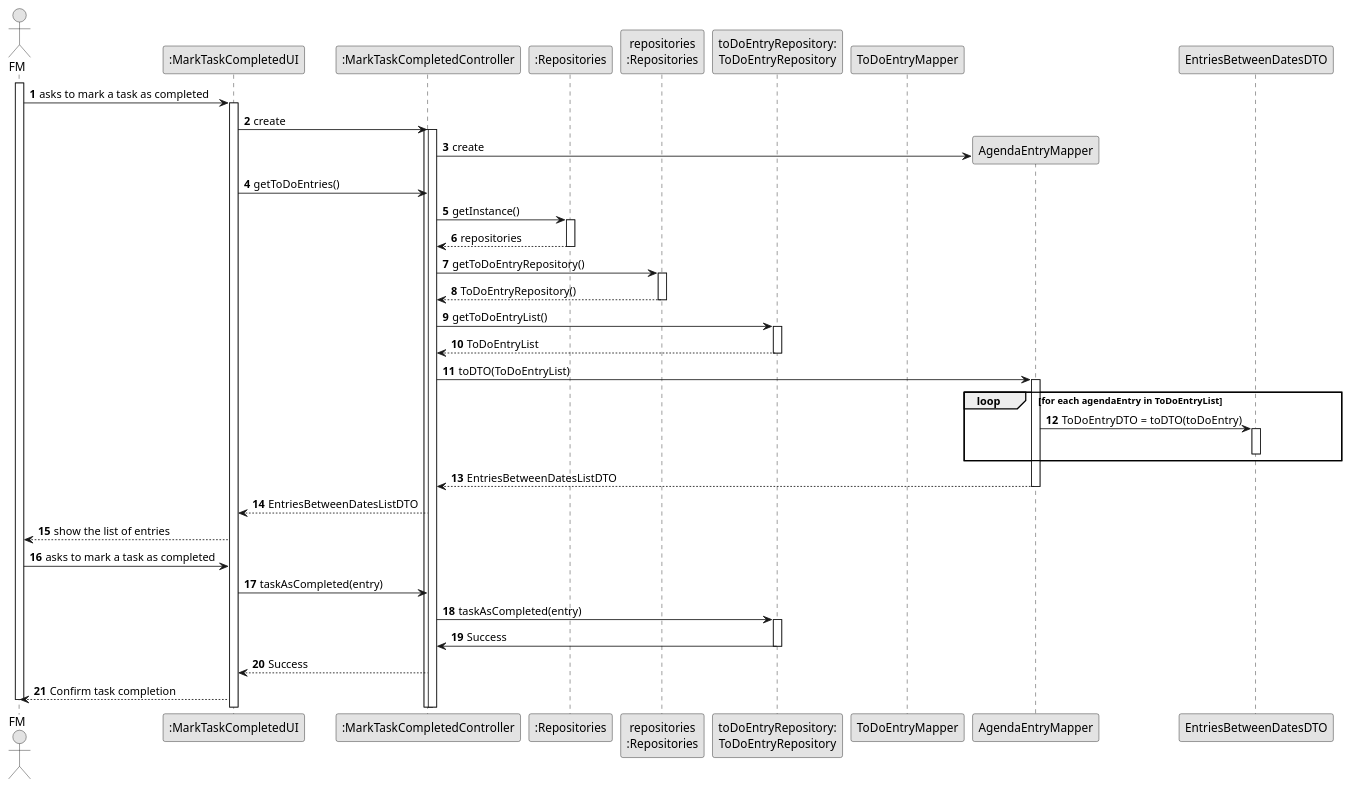
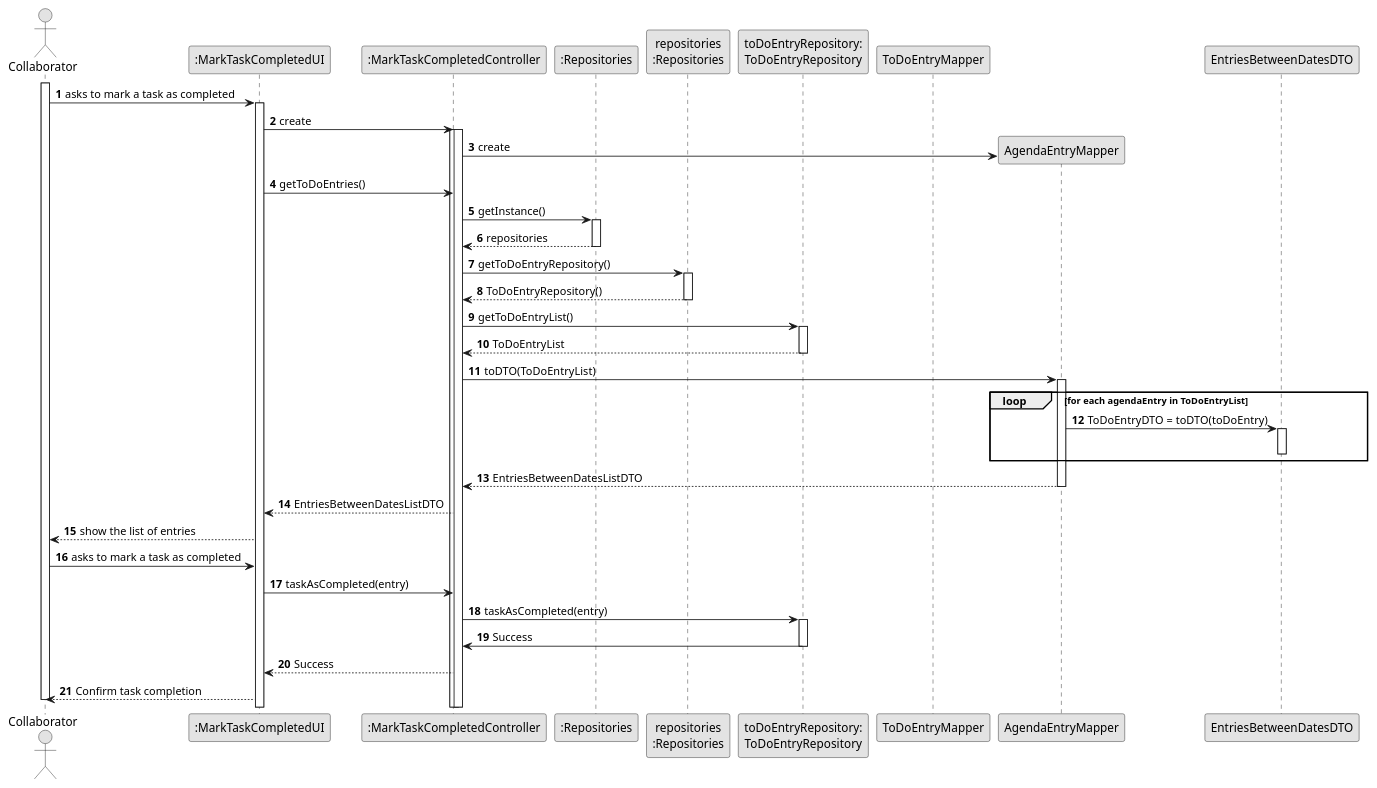
One commit to Departamento-de-Engenharia-Informatica/lei-24-s2-1do-g164 changed the diagram in docs/sprintC/us029/03.design/puml/us029-sequence-diagram-full.puml. Above: the diagram before and after it, drawn with PlantUML. The commit also changed 8 other files, not shown here.

```diff
--- a/docs/sprintC/us029/03.design/puml/us029-sequence-diagram-full.puml
+++ b/docs/sprintC/us029/03.design/puml/us029-sequence-diagram-full.puml
@@ -1,73 +1,73 @@
 @startuml
 skinparam monochrome true
 skinparam packageStyle rectangle
 skinparam shadowing false
 
 autonumber
 
-actor "FM" as ADM
+actor "Collaborator" as ADM
 participant ":MarkTaskCompletedUI" as UI
 participant ":MarkTaskCompletedController" as CTRL
 participant ":Repositories" as RepositorySingleton
 participant "repositories\n:Repositories" as PLAT
 participant "toDoEntryRepository:\nToDoEntryRepository" as TaskCategoryRepository
 participant "ToDoEntryMapper"
 
 activate ADM
 
 ADM -> UI : asks to mark a task as completed
 activate UI
 
 UI -> CTRL : create
 activate CTRL
 
 activate CTRL
  CTRL-> "AgendaEntryMapper"** : create
 deactivate "AgendaEntryMapper"
 
 UI -> CTRL : getToDoEntries()
 
 CTRL -> RepositorySingleton : getInstance()
 activate RepositorySingleton
 
 RepositorySingleton --> CTRL : repositories
 deactivate RepositorySingleton
 
 CTRL -> PLAT : getToDoEntryRepository()
 activate PLAT
 
 PLAT --> CTRL : ToDoEntryRepository()
 deactivate PLAT
 
 CTRL -> TaskCategoryRepository : getToDoEntryList()
 activate TaskCategoryRepository
 
 TaskCategoryRepository --> CTRL : ToDoEntryList
 deactivate TaskCategoryRepository
 
 CTRL -> "AgendaEntryMapper" : toDTO(ToDoEntryList)
 activate "AgendaEntryMapper"
 
 loop for each agendaEntry in ToDoEntryList
     "AgendaEntryMapper" -> "EntriesBetweenDatesDTO" : ToDoEntryDTO = toDTO(toDoEntry)
     activate "EntriesBetweenDatesDTO"
     deactivate "EntriesBetweenDatesDTO"
 end
 "AgendaEntryMapper" --> CTRL : EntriesBetweenDatesListDTO
 deactivate "AgendaEntryMapper"
 
 CTRL --> UI : EntriesBetweenDatesListDTO
 
 UI --> ADM : show the list of entries
 
 ADM -> UI : asks to mark a task as completed
 UI -> CTRL : taskAsCompleted(entry)
 CTRL -> TaskCategoryRepository : taskAsCompleted(entry)
 activate TaskCategoryRepository
 TaskCategoryRepository -> CTRL : Success
 deactivate TaskCategoryRepository
 CTRL --> UI : Success
 UI --> ADM : Confirm task completion
 
 deactivate ADM
 @enduml
```
